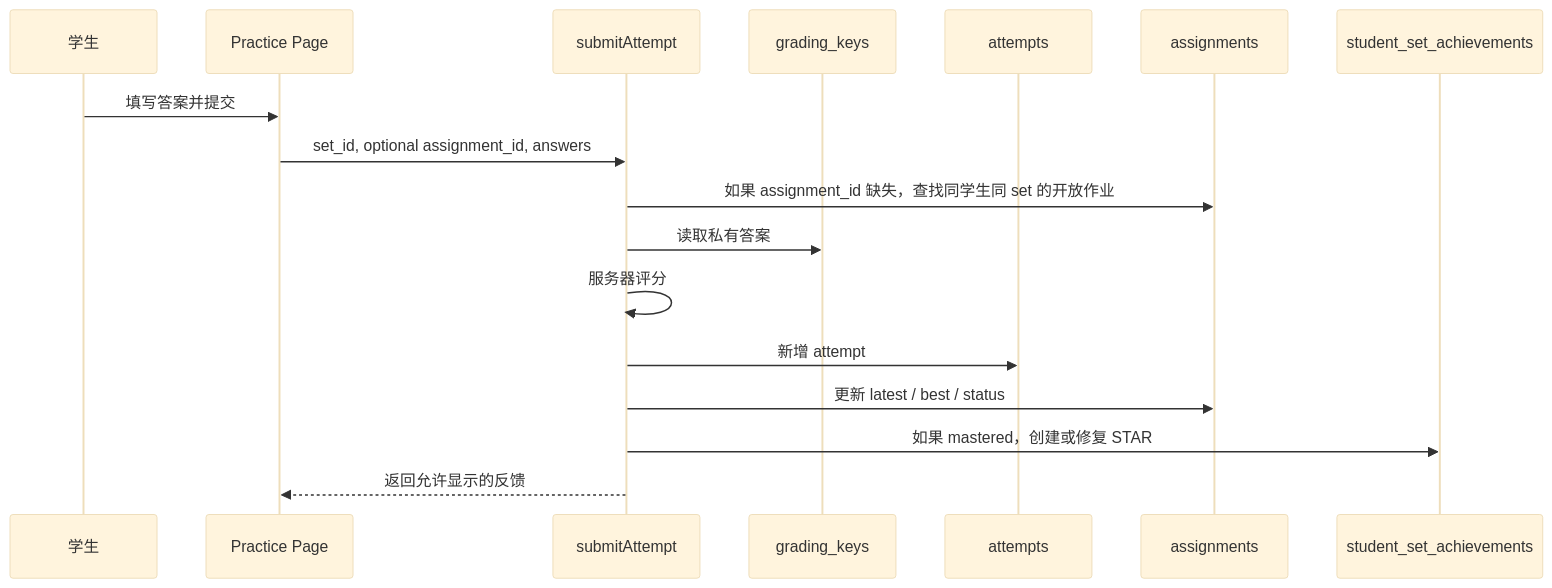
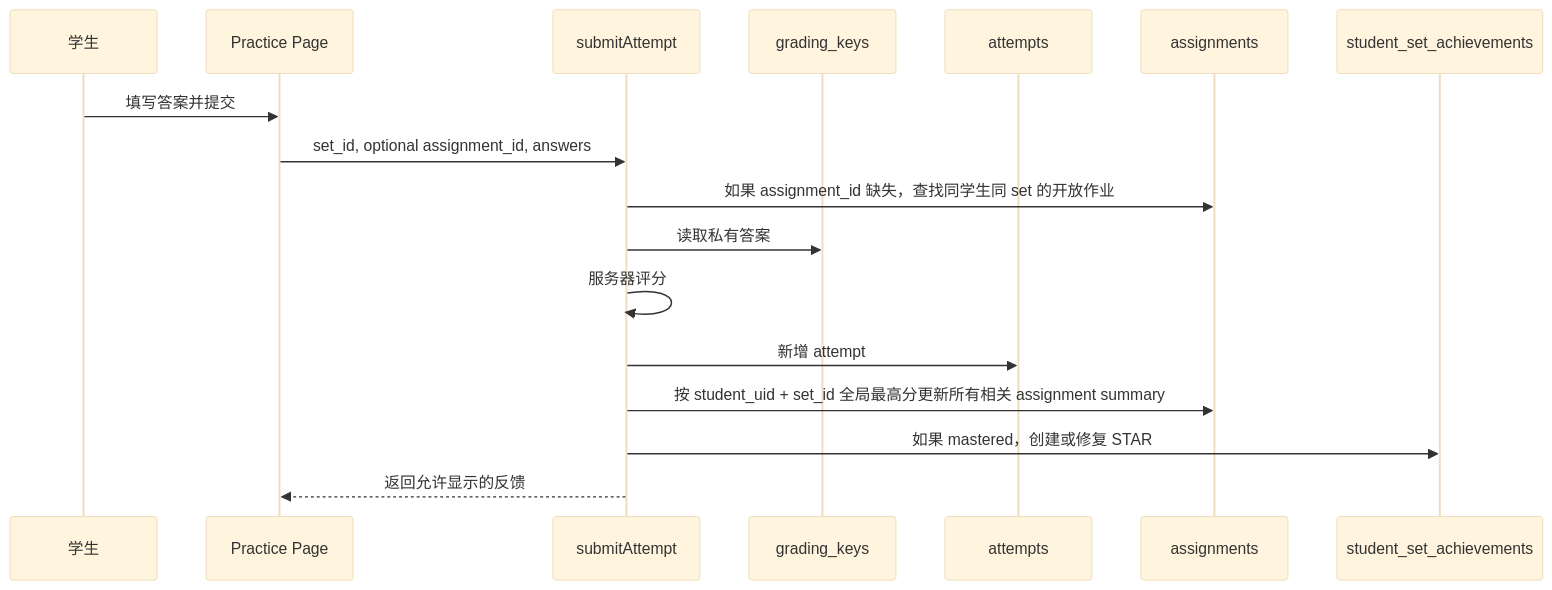
Before and after one commit to jxbleo/jxbleo.github.io: the fourth of 6 diagrams in docs/01_PRODUCT_REQUIREMENTS.md, drawn with Mermaid (base theme). The commit also changed other lines of this file and 25 other files, not shown here.

````diff
--- a/docs/01_PRODUCT_REQUIREMENTS.md
+++ b/docs/01_PRODUCT_REQUIREMENTS.md
@@ -1082,20 +1098,20 @@
 ```mermaid
 sequenceDiagram
   participant S as 学生
   participant P as Practice Page
   participant CF as submitAttempt
   participant GK as grading_keys
   participant A as attempts
   participant AS as assignments
   participant ST as student_set_achievements
 
   S->>P: 填写答案并提交
   P->>CF: set_id, optional assignment_id, answers
   CF->>AS: 如果 assignment_id 缺失，查找同学生同 set 的开放作业
   CF->>GK: 读取私有答案
   CF->>CF: 服务器评分
   CF->>A: 新增 attempt
-  CF->>AS: 更新 latest / best / status
+  CF->>AS: 按 student_uid + set_id 全局最高分更新所有相关 assignment summary
   CF->>ST: 如果 mastered，创建或修复 STAR
   CF-->>P: 返回允许显示的反馈
 ```
````
